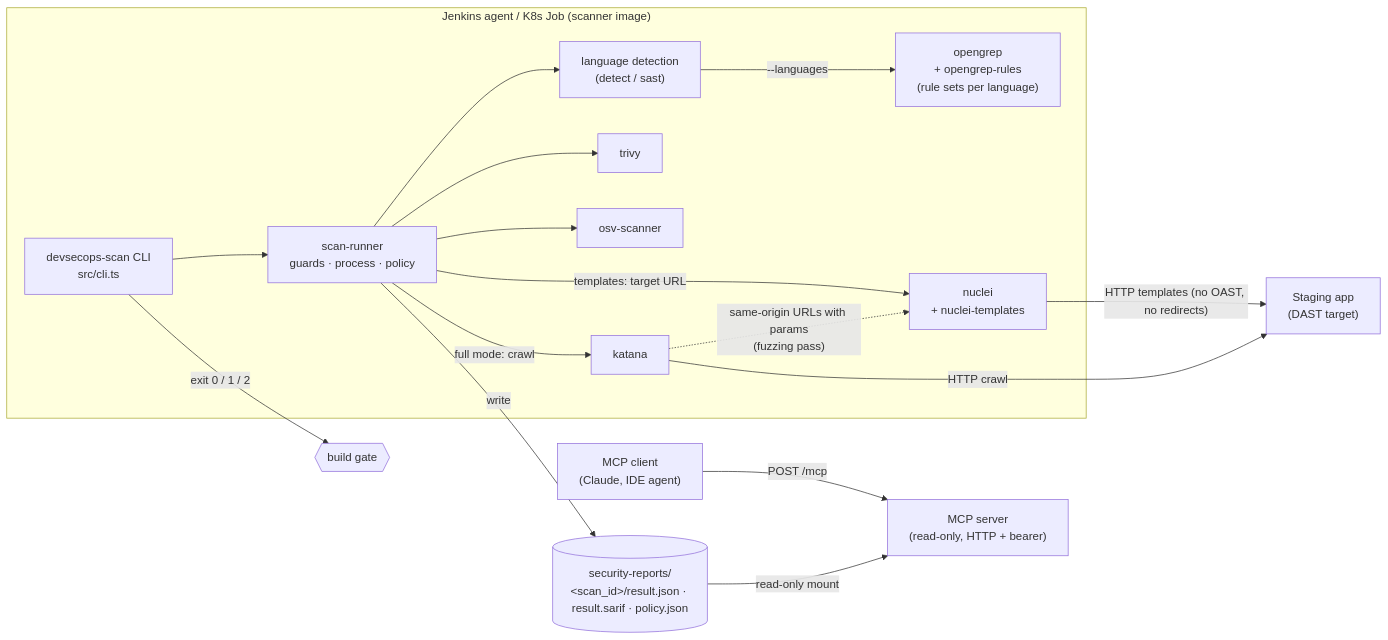
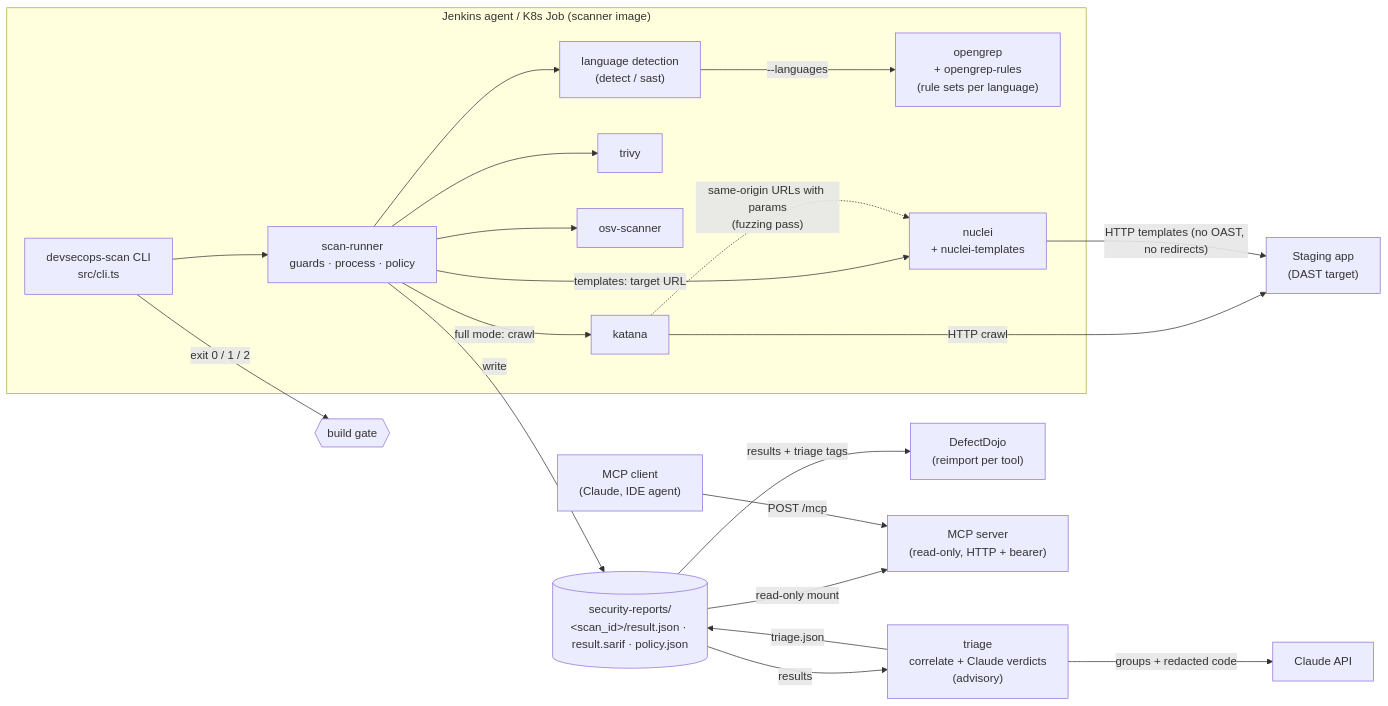
Before and after one commit to nguyentin2068/DevSecOps-MCP: the diagram in docs/ARCHITECTURE.md, drawn with Mermaid. The commit also changed other lines of this file and 15 other files, not shown here.

First line of the commit message:
feat: correlate findings, advisory AI triage with Claude, DefectDojo import

````diff
--- a/docs/ARCHITECTURE.md
+++ b/docs/ARCHITECTURE.md
@@ -13,32 +13,39 @@
 ```mermaid
 flowchart LR
   subgraph CI["Jenkins agent / K8s Job (scanner image)"]
     CLI["devsecops-scan CLI<br/>src/cli.ts"]
     RUN["scan-runner<br/>guards · process · policy"]
     DET["language detection<br/>(detect / sast)"]
     OG["opengrep<br/>+ opengrep-rules<br/>(rule sets per language)"]
     TV["trivy"]
     OSV["osv-scanner"]
     KT["katana"]
     NU["nuclei<br/>+ nuclei-templates"]
     CLI --> RUN
     RUN --> DET
     DET -- "--languages" --> OG
     RUN --> TV & OSV
     RUN -- "templates: target URL" --> NU
     RUN -- "full mode: crawl" --> KT
     KT -. "same-origin URLs with params<br/>(fuzzing pass)" .-> NU
   end
 
+  TRI["triage<br/>correlate + Claude verdicts<br/>(advisory)"]
+  CLAUDE["Claude API"]
+  DD["DefectDojo<br/>(reimport per tool)"]
   APP["Staging app<br/>(DAST target)"]
   VOL[("security-reports/<br/>&lt;scan_id&gt;/result.json · result.sarif · policy.json")]
   MCP["MCP server<br/>(read-only, HTTP + bearer)"]
   LLM["MCP client<br/>(Claude, IDE agent)"]
 
   KT -- "HTTP crawl" --> APP
   NU -- "HTTP templates (no OAST, no redirects)" --> APP
   RUN -- "write" --> VOL
   CLI -- "exit 0 / 1 / 2" --> GATE{{"build gate"}}
+  VOL -- "results" --> TRI
+  TRI -- "groups + redacted code" --> CLAUDE
+  TRI -- "triage.json" --> VOL
+  VOL -- "results + triage tags" --> DD
   VOL -- "read-only mount" --> MCP
   LLM -- "POST /mcp" --> MCP
 ```
````
